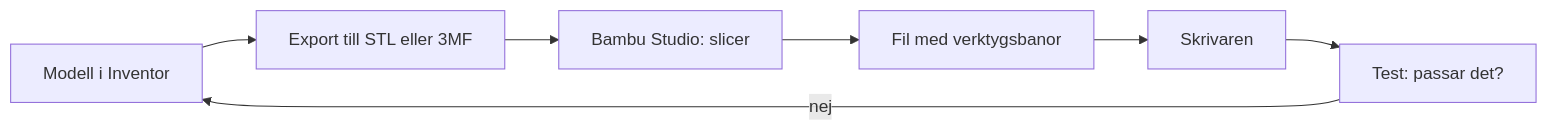
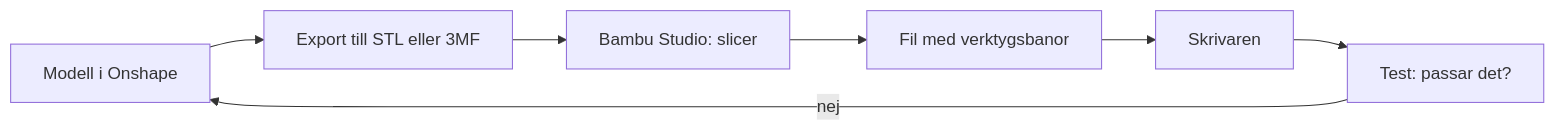
The diagram in kapitel/04-3d-utskrift.md (abbindustrigymnasium/teknik1), drawn with Mermaid before and after one commit. The commit also changed other lines of this file and 16 other files, not shown here.

First line of the commit message:
Byt CAD-verktyg till Onshape och ta bort övningar

````diff
--- a/kapitel/04-3d-utskrift.md
+++ b/kapitel/04-3d-utskrift.md
@@ -26,9 +26,9 @@
 ```mermaid
 flowchart LR
-  A[Modell i Inventor] --> B[Export till STL eller 3MF]
+  A[Modell i Onshape] --> B[Export till STL eller 3MF]
   B --> C[Bambu Studio: slicer]
   C --> D[Fil med verktygsbanor]
   D --> E[Skrivaren]
   E --> F[Test: passar det?]
   F -- nej --> A
 ```
````
